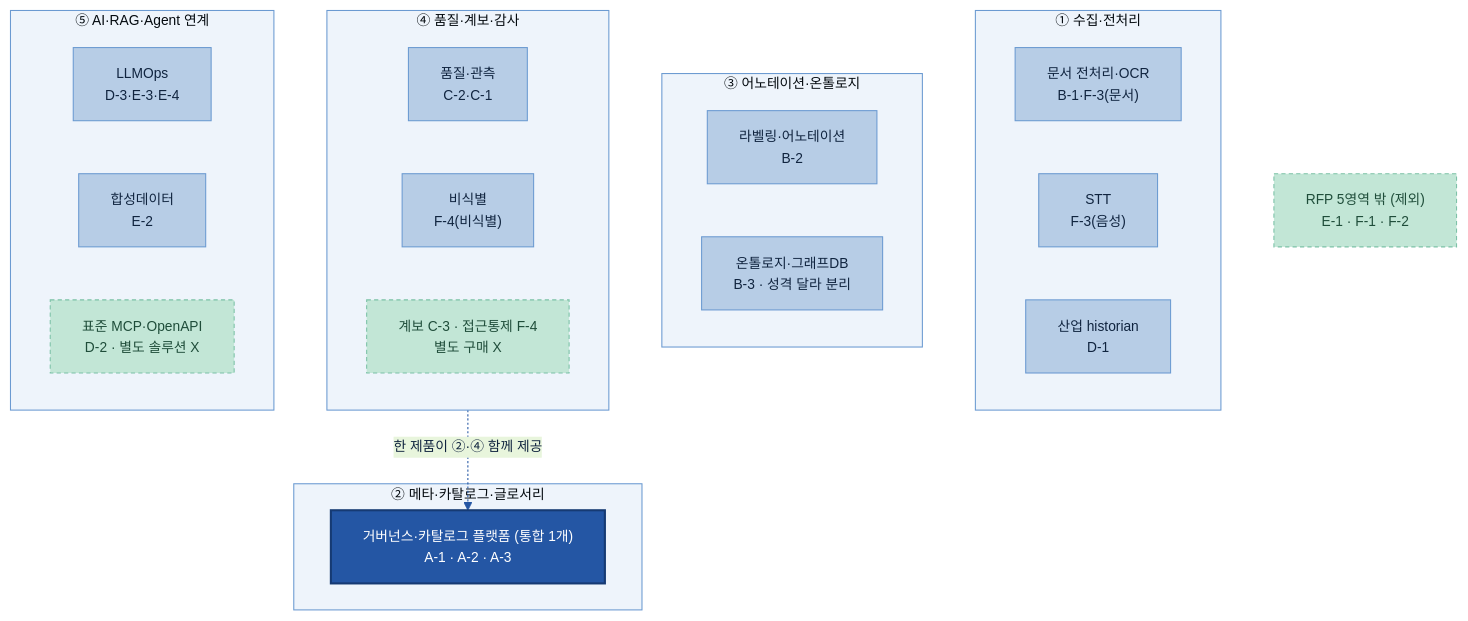
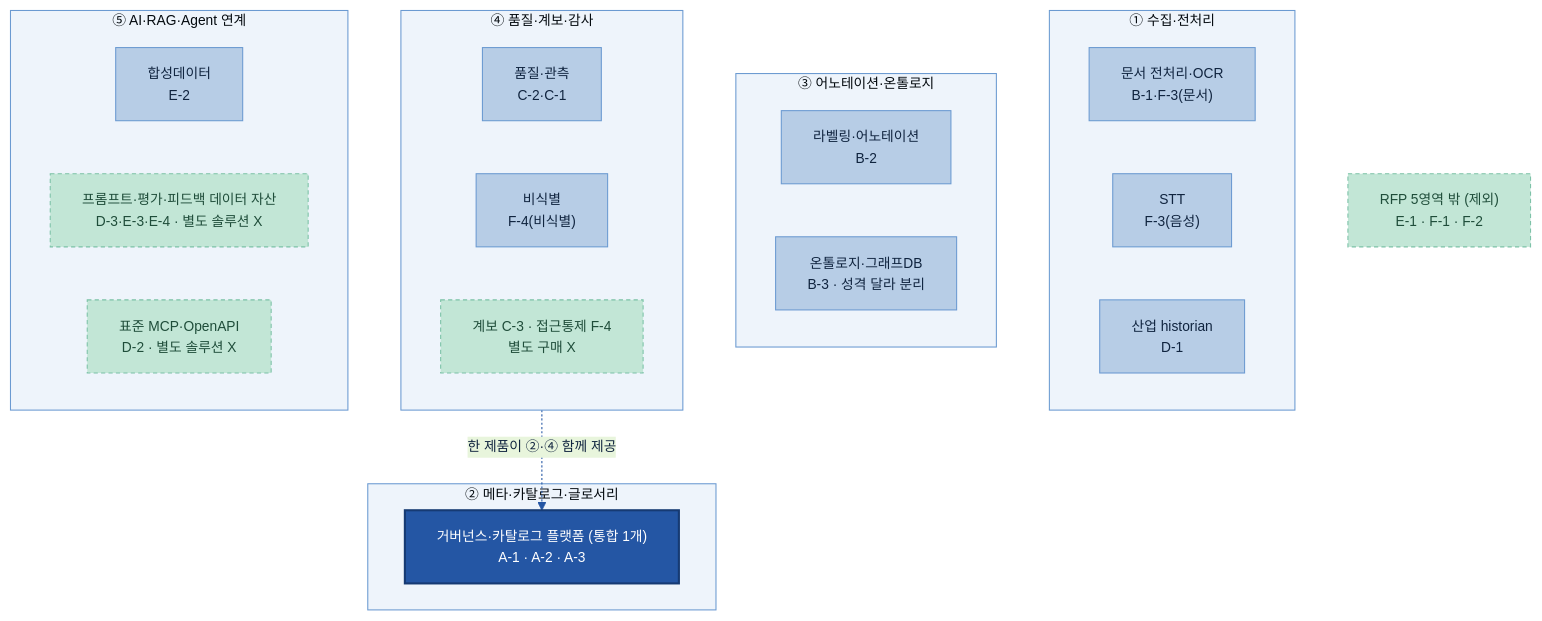
One commit to jin-kearney/ai-ready-data-manual changed the diagram in Tech Player/03 제안 솔루션 구성 (영역별 솔루션 단위).md. Above: the diagram before and after it, drawn with Mermaid. The commit also changed other lines of this file, not shown here.

First line of the commit message:
docs(techstack): 03에서 LLMOps 제거 — 데이터 준비 관점 정합

````diff
--- a/Tech Player/03 제안 솔루션 구성 (영역별 솔루션 단위).md
+++ b/Tech Player/03 제안 솔루션 구성 (영역별 솔루션 단위).md
@@ -51,35 +52,35 @@
 ```mermaid
 %%{init: {'theme':'base','themeVariables':{'primaryColor':'#DCE8F5','primaryBorderColor':'#2456A4','primaryTextColor':'#10243f','lineColor':'#2456A4','clusterBkg':'#EEF4FB','clusterBorder':'#6B9AD1','fontSize':'13px'}}}%%
 flowchart TB
     subgraph A1["① 수집·전처리"]
         direction LR
         S1["문서 전처리·OCR<br/>B-1·F-3(문서)"]:::n
         S2["STT<br/>F-3(음성)"]:::n
         S3["산업 historian<br/>D-1"]:::n
     end
     subgraph A2["② 메타·카탈로그·글로서리"]
         GOV["거버넌스·카탈로그 플랫폼 (통합 1개)<br/>A-1 · A-2 · A-3"]:::cat
     end
     subgraph A3["③ 어노테이션·온톨로지"]
         direction LR
         S4["라벨링·어노테이션<br/>B-2"]:::n
         S5["온톨로지·그래프DB<br/>B-3 · 성격 달라 분리"]:::n
     end
     subgraph A4["④ 품질·계보·감사"]
         direction LR
         S6["품질·관측<br/>C-2·C-1"]:::n
         S7["비식별<br/>F-4(비식별)"]:::n
         ABS["계보 C-3 · 접근통제 F-4<br/>별도 구매 X"]:::cross
     end
     subgraph A5["⑤ AI·RAG·Agent 연계"]
         direction LR
-        S8["LLMOps<br/>D-3·E-3·E-4"]:::n
         S9["합성데이터<br/>E-2"]:::n
+        DAT["프롬프트·평가·피드백 데이터 자산<br/>D-3·E-3·E-4 · 별도 솔루션 X"]:::cross
         STD["표준 MCP·OpenAPI<br/>D-2 · 별도 솔루션 X"]:::cross
     end
     ABS -.->|한 제품이 ②·④ 함께 제공| GOV
     EXC["RFP 5영역 밖 (제외)<br/>E-1 · F-1 · F-2"]:::cross
     classDef n fill:#B7CDE6,stroke:#6B9AD1,color:#10243f;
     classDef cat fill:#2456A4,color:#fff,stroke:#163a73,stroke-width:2px;
     classDef cross fill:#C2E6D6,stroke:#7CC2A7,color:#1f4d3a,stroke-dasharray:4 3;
 ```
````
